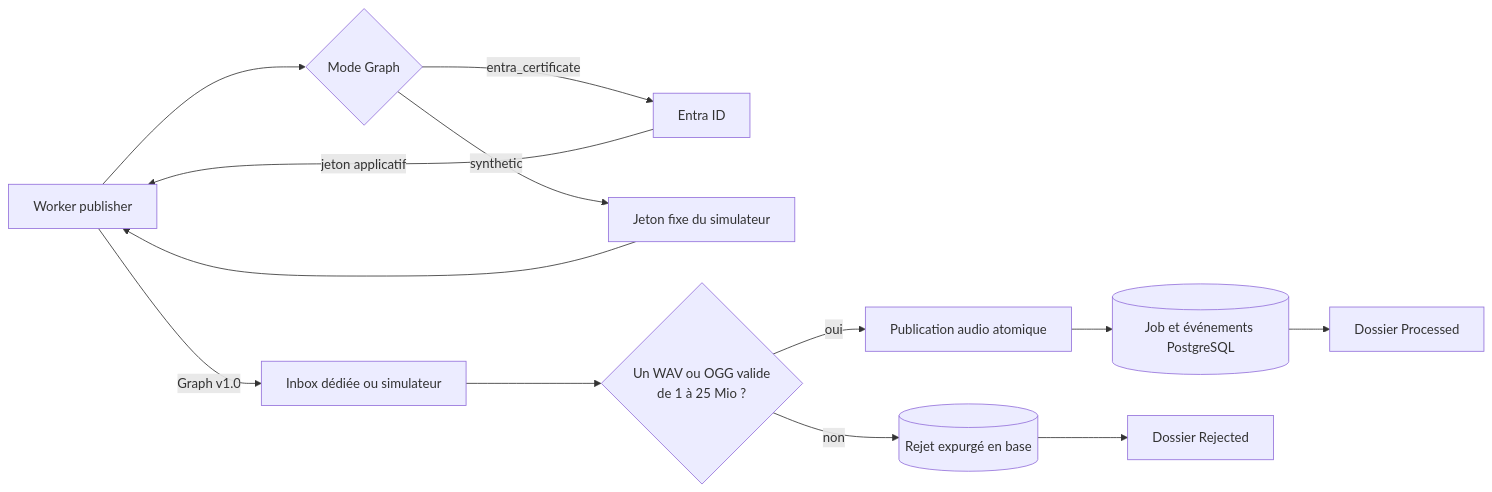
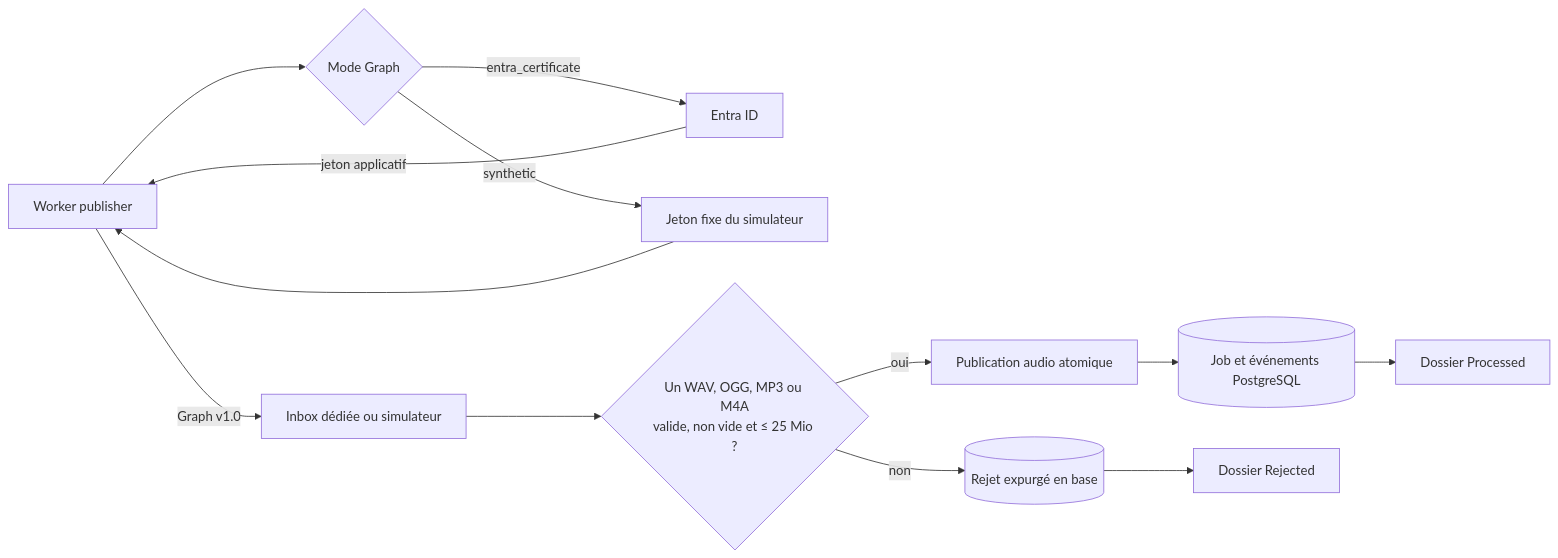
One commit to dev-vauclaire/mevo2glpi changed the diagram in apps/worker-publisher/README.md. Above: the diagram before and after it, drawn with Mermaid. The commit also changed other lines of this file and 25 other files, not shown here.

````diff
--- a/apps/worker-publisher/README.md
+++ b/apps/worker-publisher/README.md
@@ -14,15 +15,15 @@
 ```mermaid
 flowchart LR
     P[Worker publisher] --> Auth{Mode Graph}
     Auth -->|entra_certificate| E[Entra ID]
     E -->|jeton applicatif| P
     Auth -->|synthetic| S[Jeton fixe du simulateur]
     S --> P
     P -->|Graph v1.0| I[Inbox dédiée ou simulateur]
-    I --> V{Un WAV ou OGG valide<br/>de 1 à 25 Mio ?}
+    I --> V{Un WAV, OGG, MP3 ou M4A<br/>valide, non vide et ≤ 25 Mio ?}
     V -->|oui| A[Publication audio atomique]
     A --> D[(Job et événements PostgreSQL)]
     D --> OK[Dossier Processed]
     V -->|non| R[(Rejet expurgé en base)]
     R --> KO[Dossier Rejected]
 ```
````
